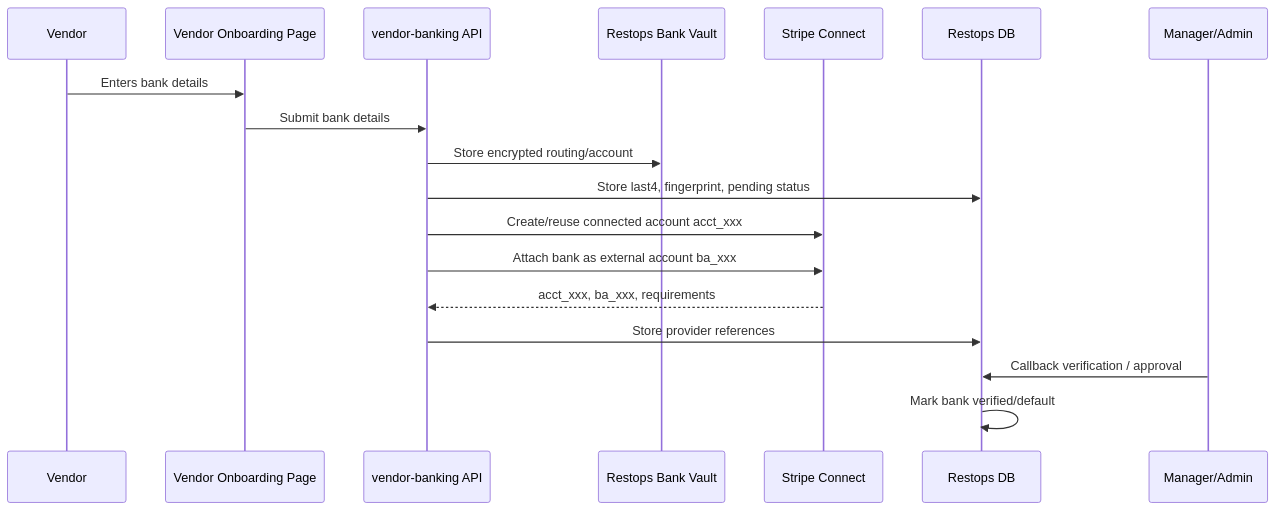
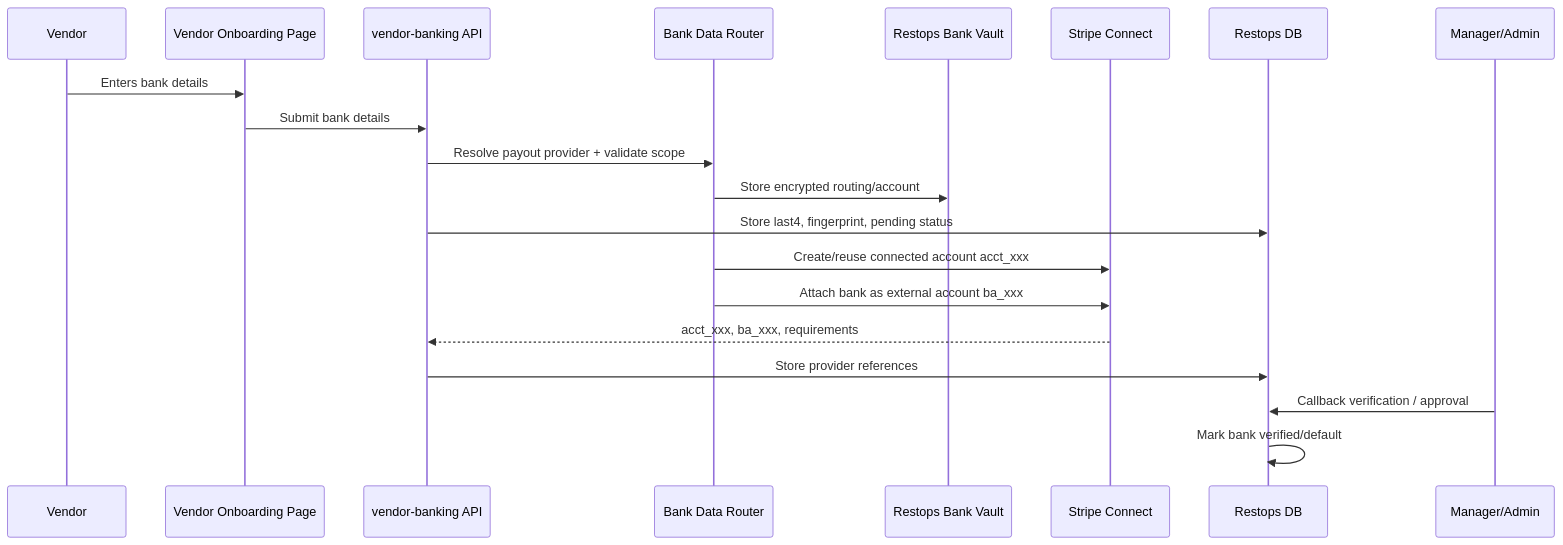
Before and after one commit to KarthikUppalapati57/MED: the fourth of 7 diagrams in code/docs/provider_neutral_ach_payment_architecture_plan.md, drawn with Mermaid. The commit also changed other lines of this file and 5 other files, not shown here.

````diff
--- a/code/docs/provider_neutral_ach_payment_architecture_plan.md
+++ b/code/docs/provider_neutral_ach_payment_architecture_plan.md
@@ -137,21 +141,23 @@
 ```mermaid
 sequenceDiagram
     participant Vendor
     participant UI as Vendor Onboarding Page
     participant API as vendor-banking API
+    participant Router as Bank Data Router
     participant Vault as Restops Bank Vault
     participant Stripe as Stripe Connect
     participant DB as Restops DB
     participant Admin as Manager/Admin
 
     Vendor->>UI: Enters bank details
     UI->>API: Submit bank details
-    API->>Vault: Store encrypted routing/account
+    API->>Router: Resolve payout provider + validate scope
+    Router->>Vault: Store encrypted routing/account
     API->>DB: Store last4, fingerprint, pending status
-    API->>Stripe: Create/reuse connected account acct_xxx
-    API->>Stripe: Attach bank as external account ba_xxx
+    Router->>Stripe: Create/reuse connected account acct_xxx
+    Router->>Stripe: Attach bank as external account ba_xxx
     Stripe-->>API: acct_xxx, ba_xxx, requirements
     API->>DB: Store provider references
     Admin->>DB: Callback verification / approval
     DB->>DB: Mark bank verified/default
 ```
````
